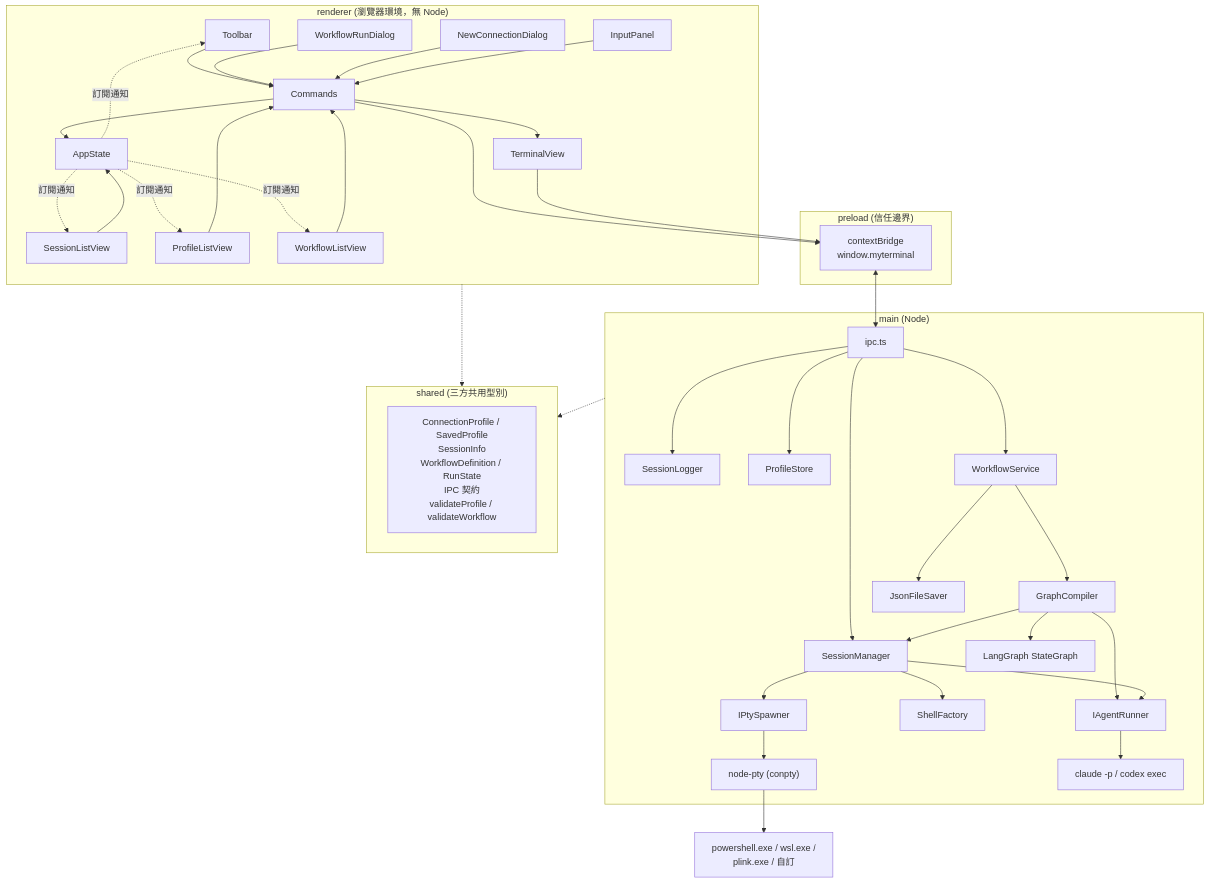
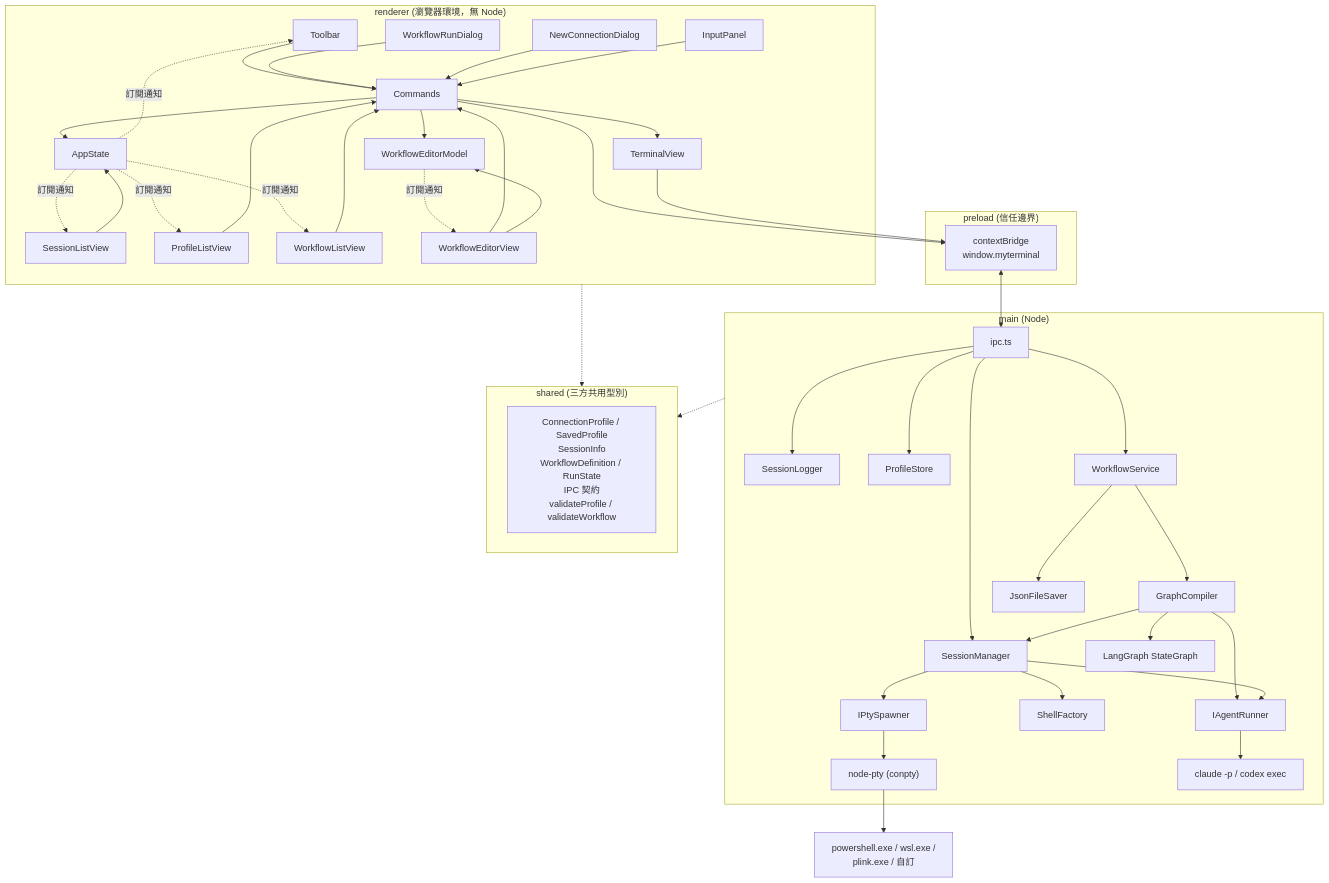
The first of 3 diagrams in docs/ARCHITECTURE.md (Mufu/myterminal), drawn with Mermaid before and after one commit. The commit also changed other lines of this file and 4 other files, not shown here.

````diff
--- a/docs/ARCHITECTURE.md
+++ b/docs/ARCHITECTURE.md
@@ -10,51 +10,55 @@
 ```mermaid
 flowchart TB
   subgraph renderer["renderer (瀏覽器環境，無 Node)"]
     Toolbar --> Commands
     SessionListView --> AppState
     ProfileListView --> Commands
     WorkflowListView --> Commands
     WorkflowRunDialog --> Commands
+    WorkflowEditorView --> Commands
+    WorkflowEditorView --> WorkflowEditorModel
     Commands --> AppState
+    Commands --> WorkflowEditorModel
     Commands --> TerminalView
     AppState -. 訂閱通知 .-> Toolbar
     AppState -. 訂閱通知 .-> SessionListView
     AppState -. 訂閱通知 .-> ProfileListView
     AppState -. 訂閱通知 .-> WorkflowListView
+    WorkflowEditorModel -. 訂閱通知 .-> WorkflowEditorView
     NewConnectionDialog --> Commands
     InputPanel --> Commands
   end
 
   subgraph preload["preload (信任邊界)"]
     Bridge["contextBridge<br/>window.myterminal"]
   end
 
   subgraph main["main (Node)"]
     IPCLayer["ipc.ts"] --> SessionManager
     IPCLayer --> SessionLogger
     IPCLayer --> ProfileStore
     IPCLayer --> WorkflowService
     WorkflowService --> GraphCompiler
     GraphCompiler --> LangGraph["LangGraph StateGraph"]
     GraphCompiler --> IAgentRunner
     GraphCompiler --> SessionManager
     WorkflowService --> JsonFileSaver
     SessionManager --> ShellFactory
     SessionManager --> IPtySpawner
     SessionManager --> IAgentRunner
     IPtySpawner --> NodePty["node-pty (conpty)"]
     IAgentRunner --> AgentCli["claude -p / codex exec"]
   end
 
   subgraph shared["shared (三方共用型別)"]
     Profile["ConnectionProfile / SavedProfile<br/>SessionInfo<br/>WorkflowDefinition / RunState<br/>IPC 契約<br/>validateProfile / validateWorkflow"]
   end
 
   Commands --> Bridge
   TerminalView --> Bridge
   Bridge <--> IPCLayer
   renderer -.-> shared
   main -.-> shared
 
   NodePty --> Backends["powershell.exe / wsl.exe /<br/>plink.exe / 自訂"]
 ```
````
